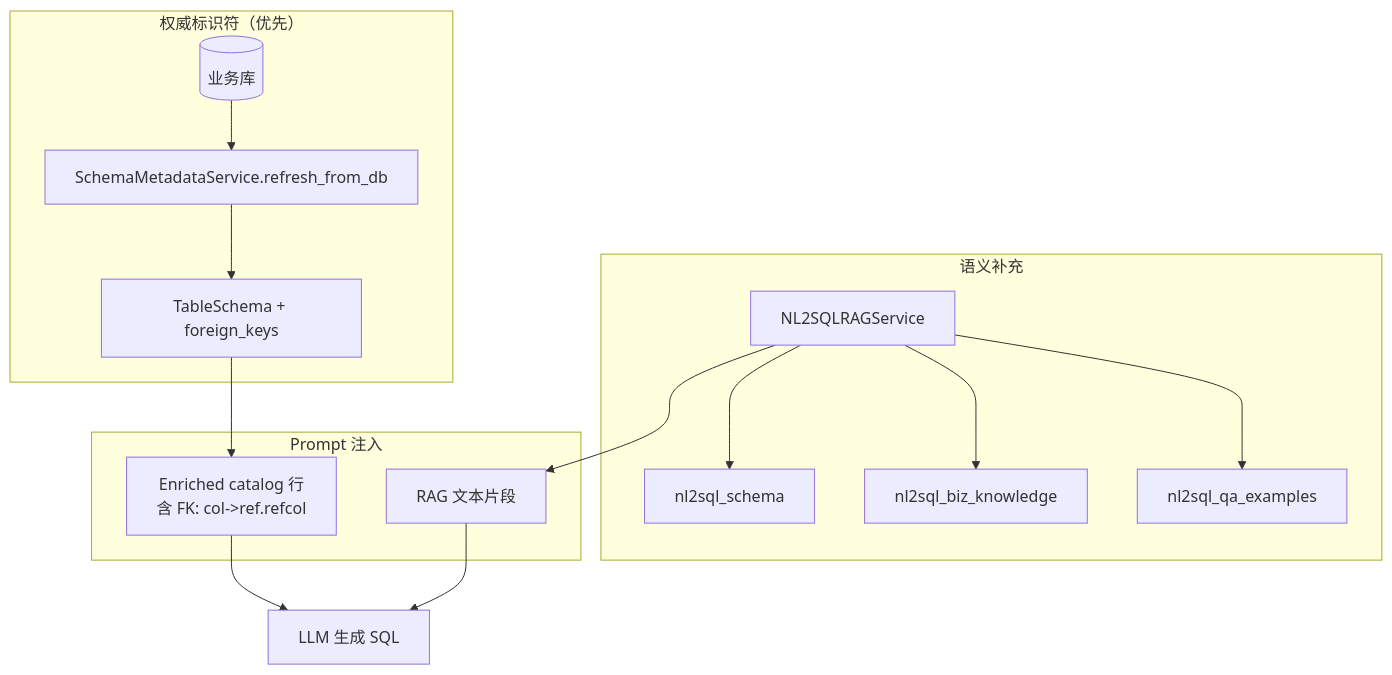
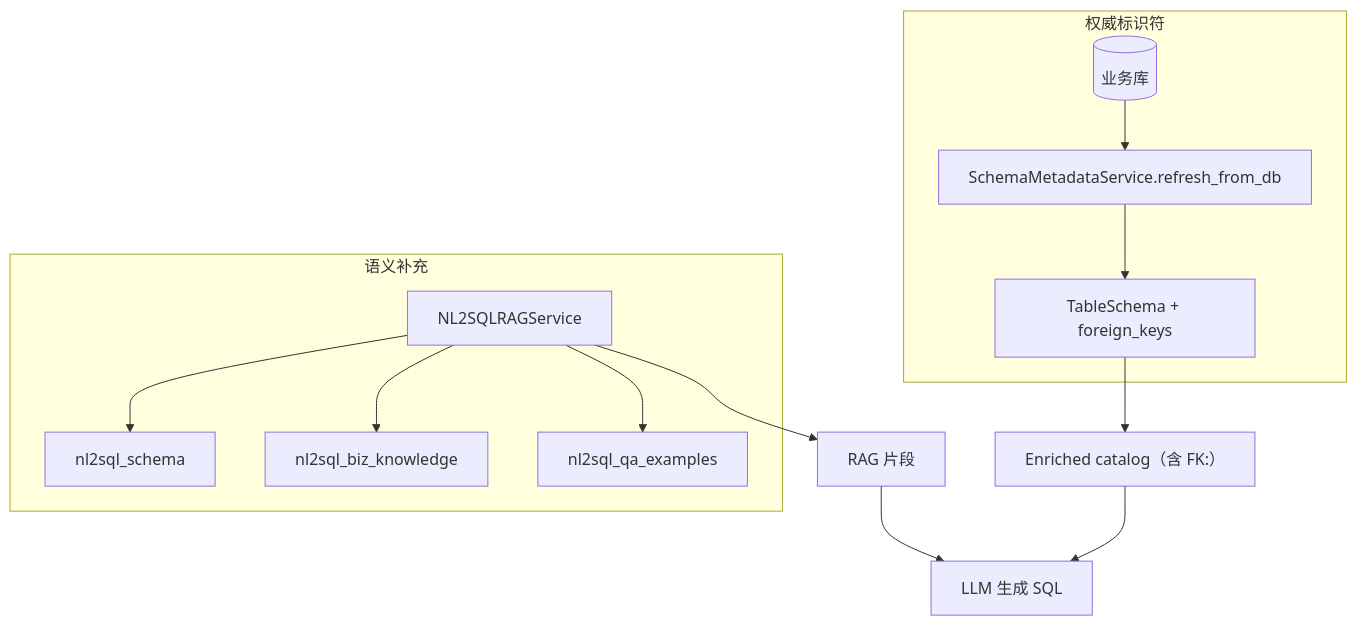
The second of 3 diagrams in enterprise-level_transformation_docs/企业级NL2SQL实现方案.md (gaocf888/models_app_framework), drawn with Mermaid before and after one commit. The commit also changed other lines of this file and 2 other files, not shown here.

Commit message:
更新 AI问答（去除LangGraph兜底链路、增加 RAG&NL2SQL 混合链路）

````diff
--- a/enterprise-level_transformation_docs/企业级NL2SQL实现方案.md
+++ b/enterprise-level_transformation_docs/企业级NL2SQL实现方案.md
@@ -272,29 +466,17 @@
 ```mermaid
 flowchart TB
-    subgraph Authoritative["权威标识符（优先）"]
-        DB[(业务库)]
-        REF["SchemaMetadataService.refresh_from_db"]
-        DB --> REF
+    subgraph Authoritative["权威标识符"]
+        DB[(业务库)] --> REF["SchemaMetadataService.refresh_from_db"]
         REF --> TS["TableSchema + foreign_keys"]
     end
-
     subgraph Semantic["语义补充"]
         RAG["NL2SQLRAGService"]
-        NS1["nl2sql_schema"]
-        NS2["nl2sql_biz_knowledge"]
-        NS3["nl2sql_qa_examples"]
-        RAG --> NS1
-        RAG --> NS2
-        RAG --> NS3
+        RAG --> NS1["nl2sql_schema"]
+        RAG --> NS2["nl2sql_biz_knowledge"]
+        RAG --> NS3["nl2sql_qa_examples"]
     end
-
-    subgraph Prompt["Prompt 注入"]
-        CAT["Enriched catalog 行\n含 FK: col->ref.refcol"]
-        SNIP["RAG 文本片段"]
-    end
-
-    TS --> CAT
-    RAG --> SNIP
+    TS --> CAT["Enriched catalog（含 FK:）"]
+    RAG --> SNIP["RAG 片段"]
     CAT --> LLM["LLM 生成 SQL"]
     SNIP --> LLM
 ```
````
